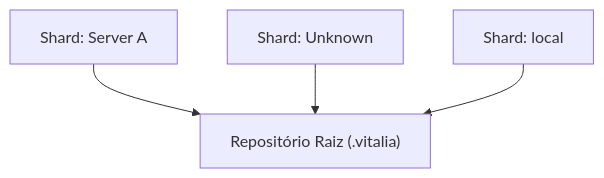
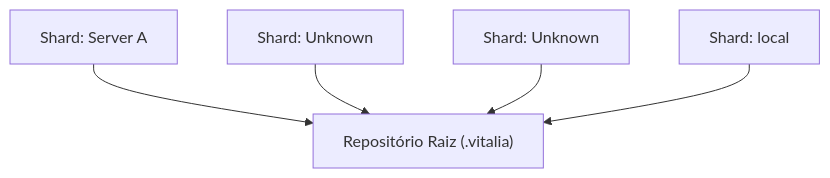
Before and after one commit to vitalia-platform/sandbox-vitalia-v040-context: the diagram in DASHBOARD.md, drawn with Mermaid. The commit also changed other lines of this file and 8 other files, not shown here.

````diff
--- a/DASHBOARD.md
+++ b/DASHBOARD.md
@@ -21,7 +22,8 @@
 ```mermaid
 graph TD
   Raiz["Repositório Raiz (.vitalia)"]
   srv_A["Shard: Server A"] --> Raiz
   test1["Shard: Unknown"] --> Raiz
+  Unknown["Shard: Unknown"] --> Raiz
   local["Shard: local"] --> Raiz
 ```
````
